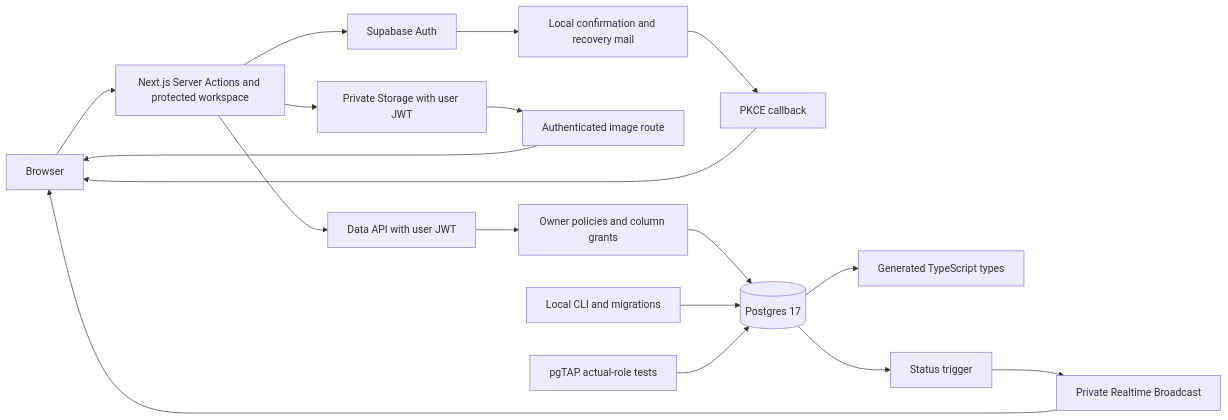
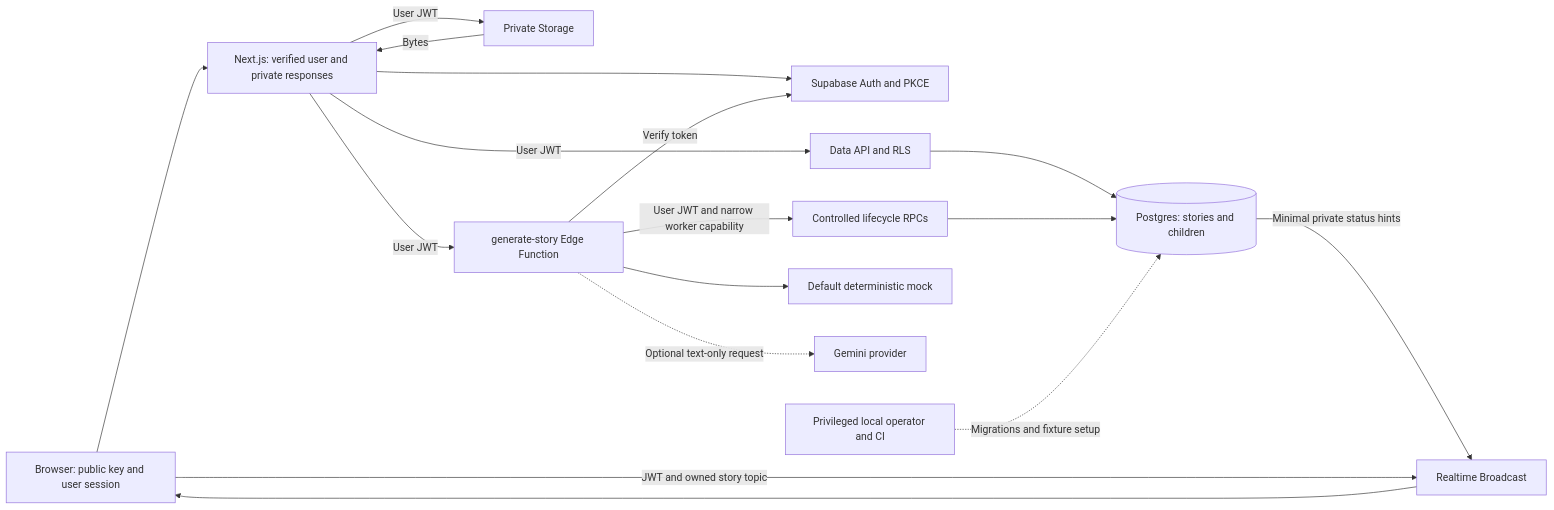
One commit to nshaikh3/supabase-ai-story-reference changed the first of 2 diagrams in docs/ARCHITECTURE.md. Above: the diagram before and after it, drawn with Mermaid. The commit also changed other lines of this file and 15 other files, not shown here.

````diff
--- a/docs/ARCHITECTURE.md
+++ b/docs/ARCHITECTURE.md
@@ -5,20 +5,19 @@
 ```mermaid
 flowchart LR
-  Browser[Browser] --> Next[Next.js Server Actions and protected workspace]
-  Next --> Auth[Supabase Auth]
-  Auth --> Mail[Local confirmation and recovery mail]
-  Mail --> Callback[PKCE callback]
-  Callback --> Browser
-  Next --> API[Data API with user JWT]
-  Next --> Storage[Private Storage with user JWT]
-  Storage --> Images[Authenticated image route]
-  Images --> Browser
-  API --> RLS[Owner policies and column grants]
-  RLS --> DB[(Postgres 17)]
-  CLI[Local CLI and migrations] --> DB
-  Tests[pgTAP actual-role tests] --> DB
-  DB --> Types[Generated TypeScript types]
-  DB --> Trigger[Status trigger]
-  Trigger --> Broadcast[Private Realtime Broadcast]
+  Browser[Browser: public key and user session] --> Next[Next.js: verified user and private responses]
+  Next --> Auth[Supabase Auth and PKCE]
+  Next -->|User JWT| API[Data API and RLS]
+  Next -->|User JWT| Storage[Private Storage]
+  Storage -->|Bytes| Next
+  Next -->|User JWT| Edge[generate-story Edge Function]
+  Edge -->|Verify token| Auth
+  Edge -->|User JWT and narrow worker capability| RPC[Controlled lifecycle RPCs]
+  Edge --> Mock[Default deterministic mock]
+  Edge -.->|Optional text-only request| Gemini[Gemini provider]
+  API --> DB[(Postgres: stories and children)]
+  RPC --> DB
+  DB -->|Minimal private status hints| Broadcast[Realtime Broadcast]
+  Browser -->|JWT and owned story topic| Broadcast
   Broadcast --> Browser
+  Operator[Privileged local operator and CI] -.->|Migrations and fixture setup| DB
 ```
````
